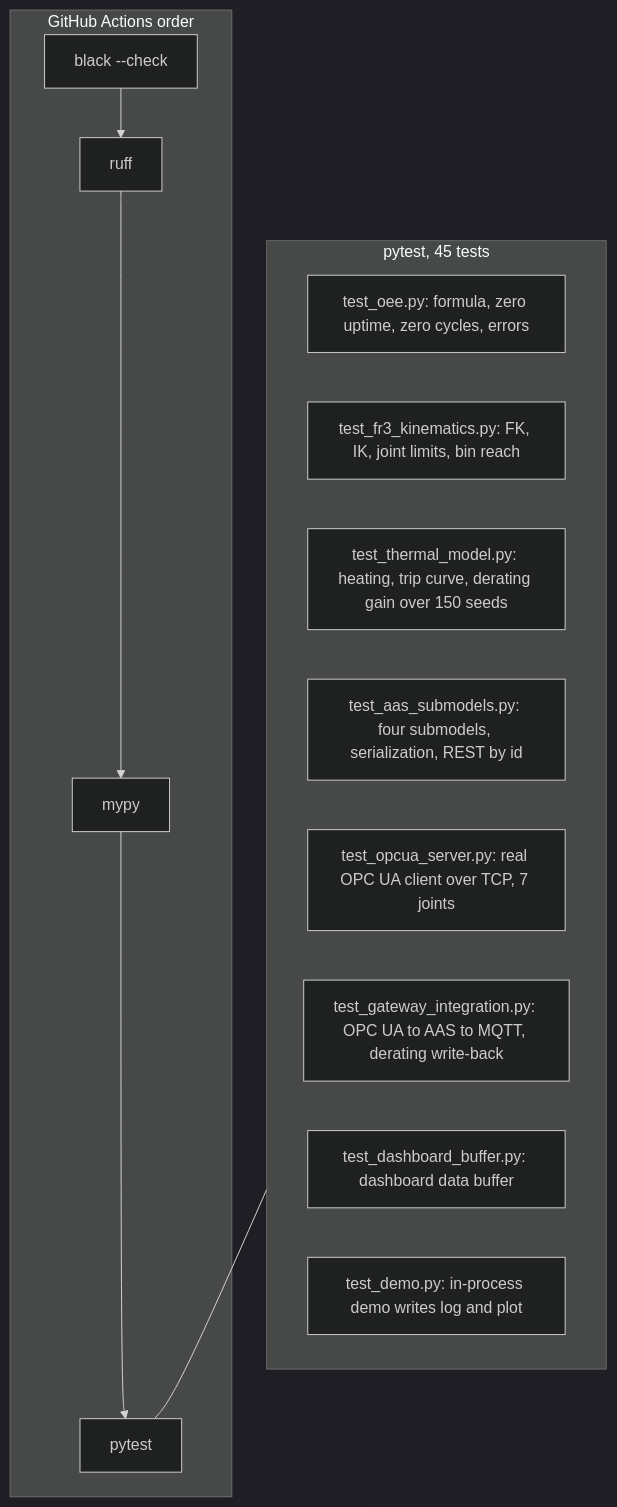
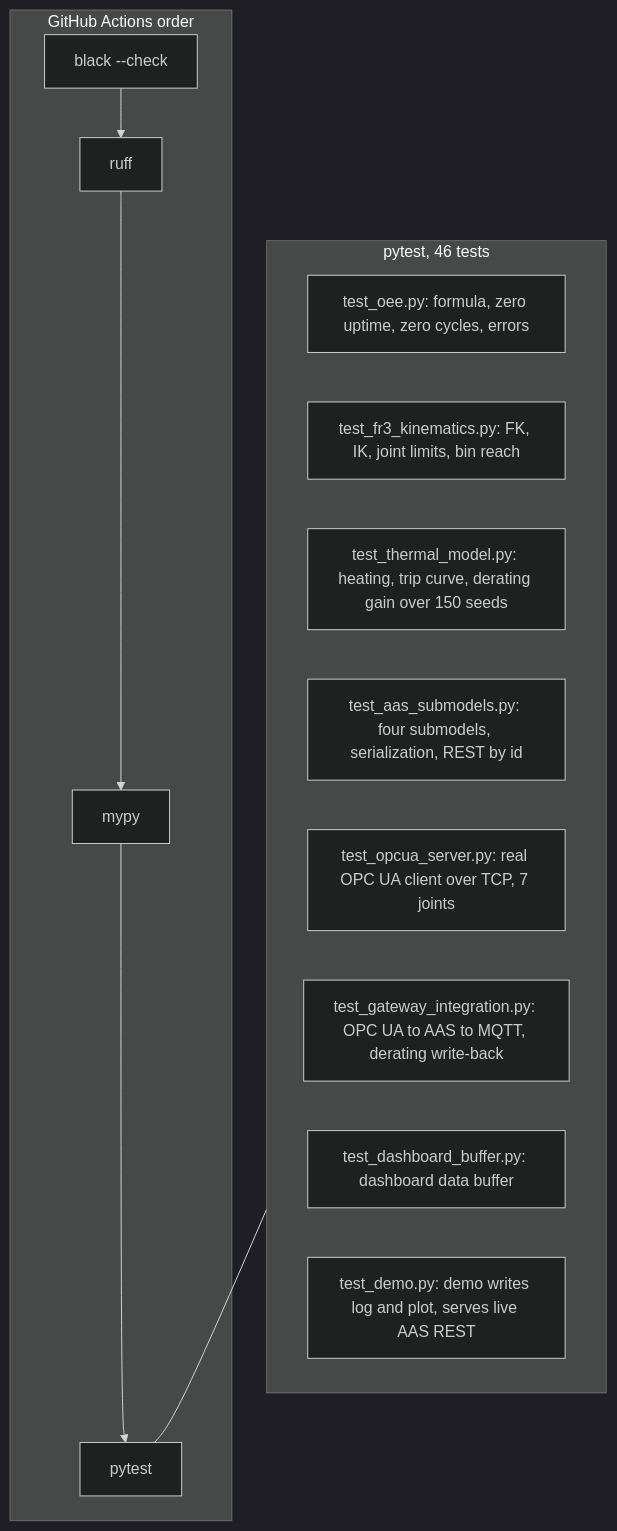
The diagram in docs/diagrams/testing_and_ci.mmd (AbhishekDubasi09/aas-digital-twin), drawn with Mermaid (dark theme) before and after one commit. The commit also changed 6 other files, not shown here.

Commit message:
fix: lint and type errors, update test count to 46, refresh testing diagram

```diff
--- a/docs/diagrams/testing_and_ci.mmd
+++ b/docs/diagrams/testing_and_ci.mmd
@@ -1,15 +1,15 @@
 flowchart TB
-    subgraph Tests["pytest, 45 tests"]
+    subgraph Tests["pytest, 46 tests"]
         U1["test_oee.py: formula, zero uptime, zero cycles, errors"]
         U2["test_fr3_kinematics.py: FK, IK, joint limits, bin reach"]
         U3["test_thermal_model.py: heating, trip curve, derating gain over 150 seeds"]
         U4["test_aas_submodels.py: four submodels, serialization, REST by id"]
         U5["test_opcua_server.py: real OPC UA client over TCP, 7 joints"]
         U6["test_gateway_integration.py: OPC UA to AAS to MQTT, derating write-back"]
         U7["test_dashboard_buffer.py: dashboard data buffer"]
-        U8["test_demo.py: in-process demo writes log and plot"]
+        U8["test_demo.py: demo writes log and plot, serves live AAS REST"]
     end
     subgraph CI["GitHub Actions order"]
         C1["black --check"] --> C2["ruff"] --> C3["mypy"] --> C4["pytest"]
     end
     Tests --- C4
```
